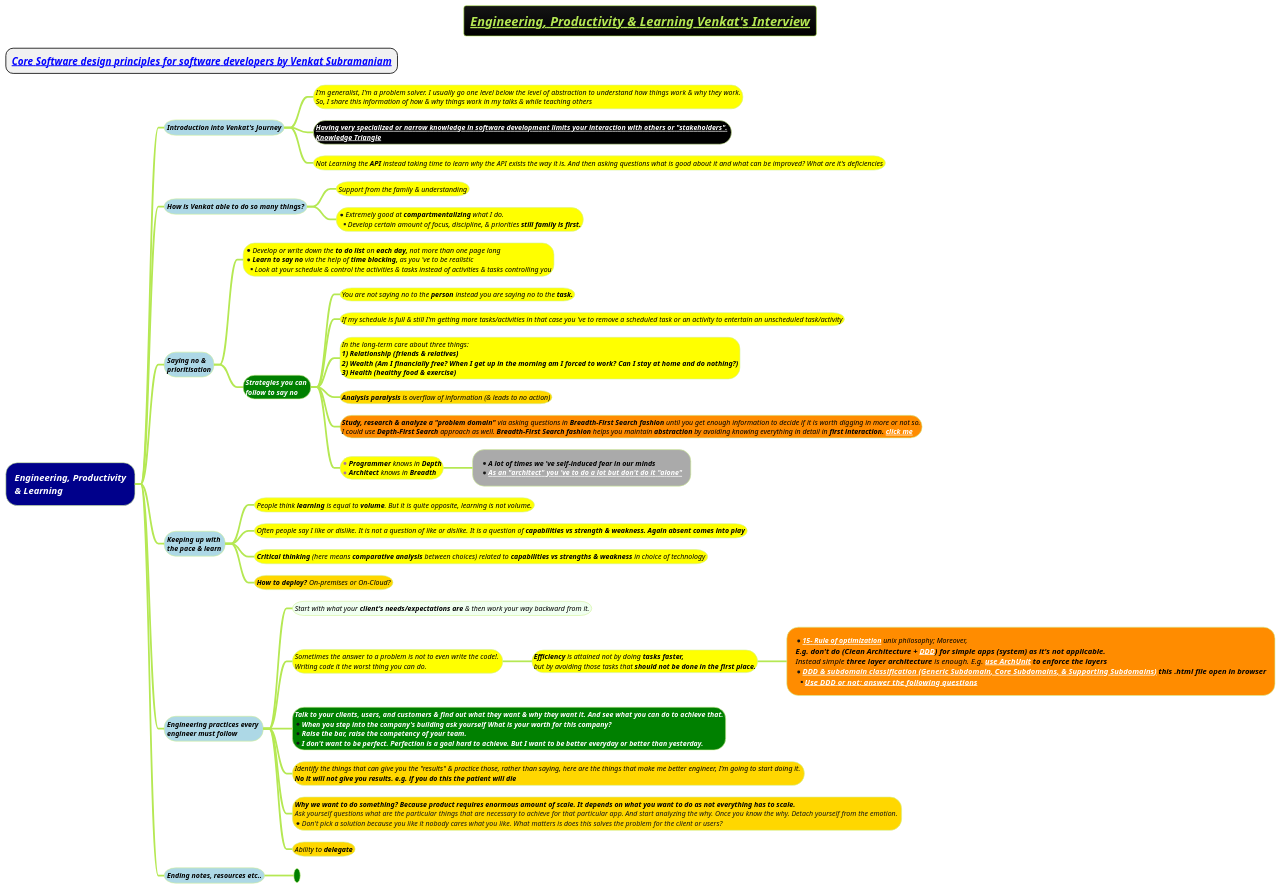
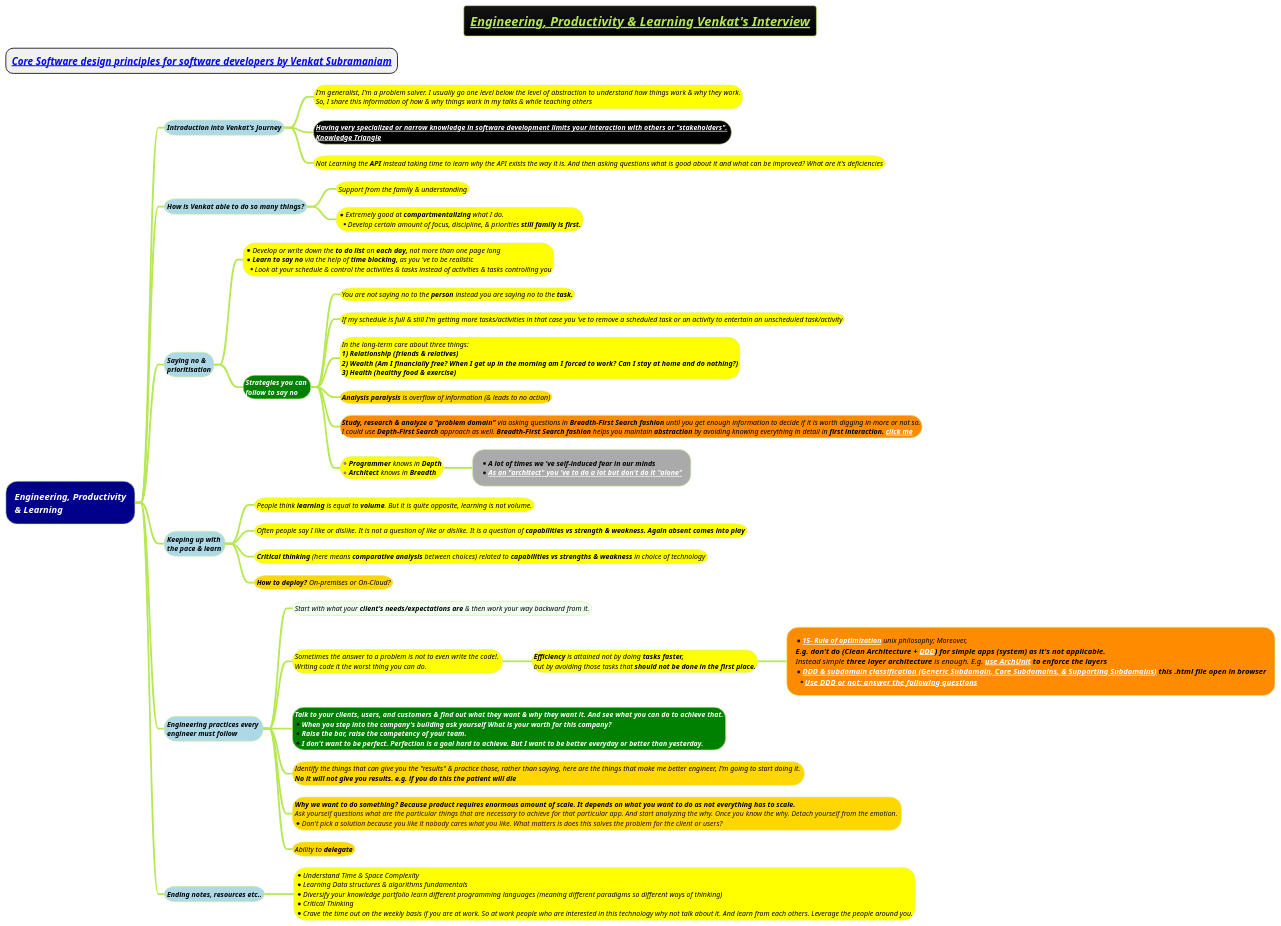
The diagram in docs/3-programming-languages/Venkat-Subramaniam/Engineering-Productivity-and-Learning.puml (MehmoodHashmi/Documentation-as-Code-DaC), drawn with PlantUML before and after one commit. The commit also changed 3 other files, not shown here.

```diff
--- a/docs/3-programming-languages/Venkat-Subramaniam/Engineering-Productivity-and-Learning.puml
+++ b/docs/3-programming-languages/Venkat-Subramaniam/Engineering-Productivity-and-Learning.puml
@@ -1,65 +1,69 @@
 @startmindmap
 title =<i><b><u><size:18>Engineering, Productivity & Learning Venkat's Interview
 
 * ===<i><b>[[docs/3-programming-languages/Venkat-Subramaniam/Core-Software-design-principles-for-software-developers.puml Core Software design principles for software developers by Venkat Subramaniam]]
 !theme hacker
 
 *[#darkblue] <color:white><i>Engineering, Productivity\n<color:white><i>& Learning
 **[#lightblue] <i><color #black><size:12>Introduction into Venkat's Journey
 ***[#yellow]:<i><color #black><size:12>I'm generalist, I'm a problem solver. I usually go one level below the level of abstraction to understand how things work & why they work.
 <i><color #black><size:12>So, I share this information of how & why things work in my talks & while teaching others;
 ***[#black] <b><i><color #black><size:12>[[docs/3-programming-languages/Venkat-Subramaniam/images/img_396.png Having very specialized or narrow knowledge in software development limits your interaction with others or "stakeholders".]] \n<b><i><color #black><size:12>[[docs/3-programming-languages/Venkat-Subramaniam/images/img_245.png Knowledge Triangle]]
 ***[#yellow] <i><color #black><size:12>Not Learning the **API** instead taking time to learn why the API exists the way it is. And then asking questions what is good about it and what can be improved? What are it's deficiencies
 
 **[#lightblue] <i><color #black><size:12>How is Venkat able to do so many things?
 ***[#yellow] <i><color #black><size:12>Support from the family & understanding
 ***[#yellow] *<i><color #black><size:12>Extremely good at **compartmentalizing** what I do. \n**<i><color #black><size:12>Develop certain amount of focus, discipline, & priorities <b>still family is first.
 
 
 **[#lightblue] <i><color #black><size:12>Saying no & \n<i><color #black><size:12>prioritisation
 ***[#yellow]:*<i><color #black><size:12>Develop or write down the **to do list** on **each day,** not more than one page long
 *<i><color #black><size:12>**Learn to say no** via the help of **time blocking,** as you 've to be realistic
 **<i><color #black><size:12>Look at your schedule & control the activities & tasks instead of activities & tasks controlling you;
 ***[#green] <i><color #white><b><size:12>Strategies you can \n<i><color #white><b><size:12>follow to say no
 ****[#yellow] <i><color #black><size:12>You are not saying no to the **person** instead you are saying no to the <b>task.
 ****[#yellow] <i><color #black><size:12>If my schedule is full & still I'm getting more tasks/activities in that case you 've to remove a scheduled task or an activity to entertain an unscheduled task/activity
 
 ****[#yellow]:<i><color #black><size:12>In the long-term care about three things:
 <i><color #black><size:12><b>1) Relationship (friends & relatives)
 <i><color #black><size:12><b>2) Wealth (Am I financially free? When I get up in the morning am I forced to work? Can I stay at home and do nothing?)
 <i><color #black><size:12><b>3) Health (healthy food & exercise);
 ****[#gold] <i><color #black><size:12>**Analysis paralysis** is overflow of information (& leads to no action)
 
 ****[#darkorange]:<i><color #black><size:12>**Study, research & analyze a "problem domain"** via asking questions in **Breadth-First Search fashion** until you get enough information to decide if it is worth digging in more or not so.
 <i><color #black><size:12>I could use **Depth-First Search** approach as well. **Breadth-First Search fashion** helps you maintain **abstraction** by avoiding knowing everything in detail in <b>first interaction. [[docs/3-programming-languages/Venkat-Subramaniam/images/img_245.png click me]];
 ****[#yellow] *<i><color #black><size:12>**Programmer** knows in <b>Depth \n*<i><color #black><size:12>**Architect** knows in <b>Breadth
 *****[#a] *<b><i><color #black><size:12>A lot of times we 've self-induced fear in our minds \n*<i><color #black><size:12><b>[[docs/3-programming-languages/Venkat-Subramaniam/images/img_431.png As an  "architect" you 've to do a lot but don't do it "alone"]]
 
 
 **[#lightblue] <i><color #black><size:12>Keeping up with \n<i><color #black><size:12>the pace & learn
 ***[#yellow] <i><color #black><size:12>People think **learning** is equal to **volume**. But it is quite opposite, learning is not volume.
 ***[#yellow] <i><color #black><size:12>Often people say I like or dislike. It is not a question of like or dislike. It is a question of <b>capabilities vs strength & weakness. Again absent comes into play
 ***[#yellow] <i><color #black><size:12>**Critical thinking** (here means **comparative analysis** between choices) related to **capabilities vs strengths & weakness** in choice of technology
 ***[#gold] <i><color #black><size:12>**How to deploy?** On-premises or On-Cloud?
 **[#lightblue] <i><color #black><size:12>Engineering practices every \n<i><color #black><size:12>engineer must follow
 ***[#honeydew] <i><color #black><size:12>Start with what your **client's needs/expectations are** & then work your way backward from it.
 ***[#yellow] <i><color #black><size:12>Sometimes the answer to a problem is not to even write the code!. \n<i><color #black><size:12>Writing code it the worst thing you can do.
 ****[#yellow] <i><color #black><size:12><b>Efficiency</b> is attained not by doing <b>tasks faster,\n<i><color #black><size:12>but by avoiding those tasks that <b>should not be done in the first place.
 *****[#darkorange]:*<i><color #black><size:12>**[[docs/3-programming-languages/Venkat-Subramaniam/Unix-Philosophy.puml 15- Rule of optimization]]** unix philosophy; Moreover,
 <i><color #black><size:13><b>E.g. don't do (Clean Architecture + [[docs/3-programming-languages/Venkat-Subramaniam/images/img_55.jpg DDD]]) for simple apps (system) as it's not applicable.
 <i><color #black><size:13>Instead simple **three layer architecture** is enough. E.g. <b>[[docs/3-programming-languages/clean-architecture/archunit.adoc use ArchUnit]] to enforce the layers
 *<i><color #black><size:13><b>[[docs/3-programming-languages/Venkat-Subramaniam/gif/DDD-and-subdomain-classification.html DDD & subdomain classification (Generic Subdomain, Core Subdomains, & Supporting Subdomains)]] this .html file open in browser
 **<i><color #black><size:13><b>[[docs/3-programming-languages/Venkat-Subramaniam/images/DDD-and-questions.drawio.png Use DDD or not; answer the following  questions]];
 ***[#green]:<i><color #white><b><size:12>Talk to your clients, users, and customers & find out what they want & why they want it. And see what you can do to achieve that.
 *<i><color #white><b><size:12>When you step into the company's building ask yourself What is your worth for this company?
 *<i><color #white><b><size:12>Raise the bar, raise the competency of your team.
 *<i><color #white><b><size:12>I don't want to be perfect. Perfection is a goal hard to achieve. But I want to be better everyday or better than yesterday.;
 ***[#gold] <i><color #black><size:12>Identify the things that can give you the "results" & practice those, rather than saying, here are the things that make me better engineer, I'm going to start doing it. \n<i><color #black><b><size:12>No it will not give you results. e.g. if you do this the patient will die
 ***[#gold] <i><color #black><b><size:12>Why we want to do something? Because product requires enormous amount of scale. It depends on what you want to do as not everything has to scale. \n<i>Ask yourself questions what are the particular things that are necessary to achieve for that particular app. And start analyzing the why. Once you know the why. Detach yourself from the emotion. \n*<i>Don't pick a solution because you like it nobody cares what you like. What matters is does this solves the problem for the client or users?
 ***[#gold] <i><color #black><size:12>Ability to <b>delegate
 
 **[#lightblue] <i><color #black><size:12>Ending notes, resources etc..
 
-***[#green] <i><color #white><b><size:12>
+***[#yellow]:*<i><color #black><size:12>Understand Time & Space Complexity
+*<i><color #black><size:12>Learning Data structures & algorithms fundamentals
+*<i><color #black><size:12>Diversify your knowledge portfolio learn different programming languages (meaning different paradigms so different ways of thinking)
+*<i><color #black><size:12>Critical Thinking
+*<i><color #black><size:12>Crave the time out on the weekly basis if you are at work. So at work people who are interested in this technology why not talk about it. And learn from each others. Leverage the people around you.;
 
 @endmindmap
```
